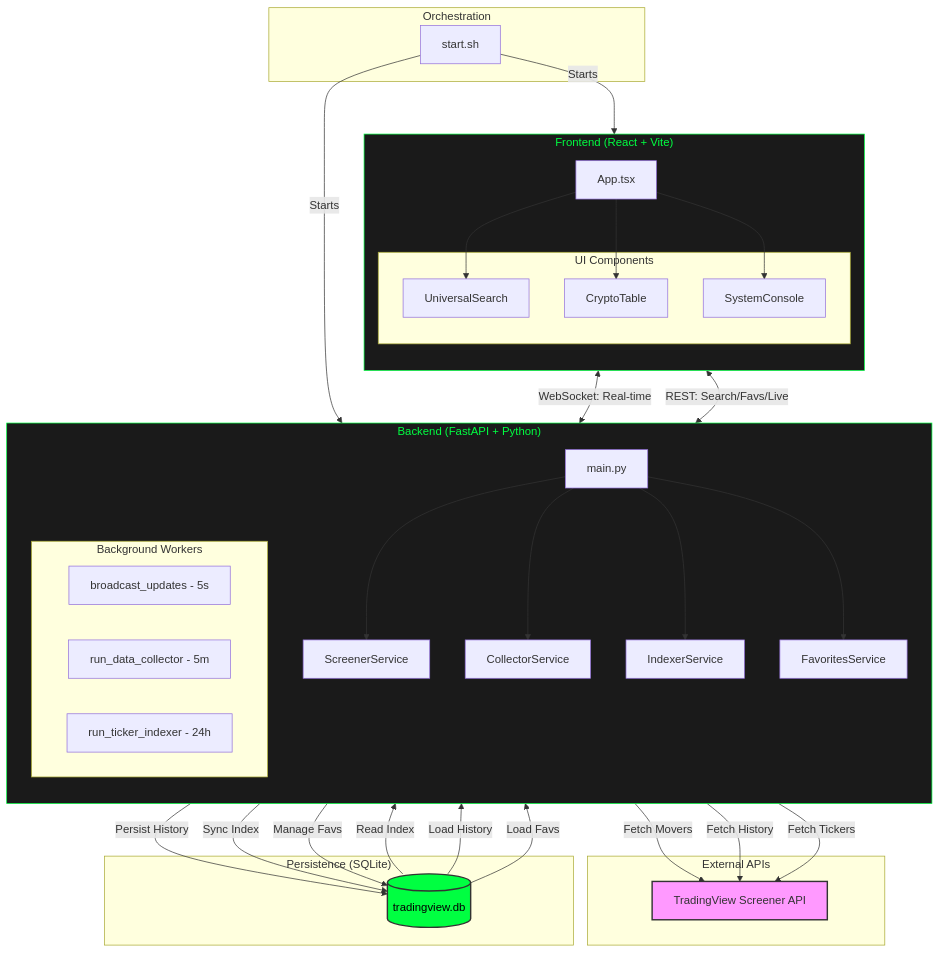
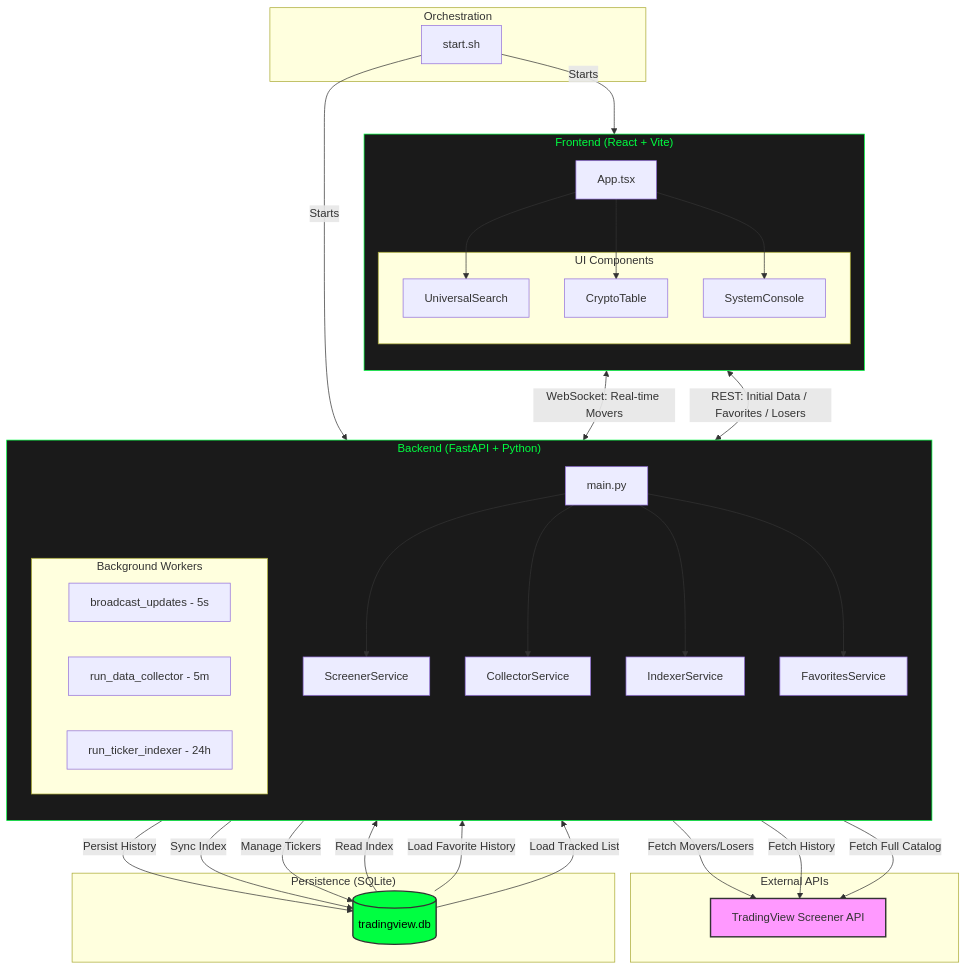
Before and after one commit to doralich/maket_trading_screener: the diagram in README.md, drawn with Mermaid. The commit also changed other lines of this file and 1 other file, not shown here.

Commit message:
docs: Refine architecture details and logic flow accuracy

```diff
--- a/README.md
+++ b/README.md
@@ -49,19 +49,19 @@
     SSH -->|Starts| Frontend
 
     %% Fetching Logic
-    ScreenerSvc -->|Fetch Movers| TV
+    ScreenerSvc -->|Fetch Movers/Losers| TV
     CollectorSvc -->|Fetch History| TV
-    IndexerSvc -->|Fetch Tickers| TV
+    IndexerSvc -->|Fetch Full Catalog| TV
 
     %% Write to DB
     CollectorSvc -->|Persist History| DB
     IndexerSvc -->|Sync Index| DB
-    FavSvc -->|Manage Favs| DB
+    FavSvc -->|Manage Tickers| DB
 
     %% Read from DB (Return Paths)
     DB -->|Read Index| ScreenerSvc
-    DB -->|Load History| App
-    DB -->|Load Favs| FavSvc
+    DB -->|Load Favorite History| App
+    DB -->|Load Tracked List| FavSvc
 
     %% Internal Backend Routing
     App --> ScreenerSvc
@@ -70,8 +70,8 @@
     App --> FavSvc
 
     %% App to Frontend
-    MainApp <-->|WebSocket: Real-time| App
-    MainApp <-->|REST: Search/Favs/Live| App
+    MainApp <-->|WebSocket: Real-time Movers| App
+    MainApp <-->|REST: Initial Data / Favorites / Losers| App
 
     MainApp --> Search
     MainApp --> Table
```
